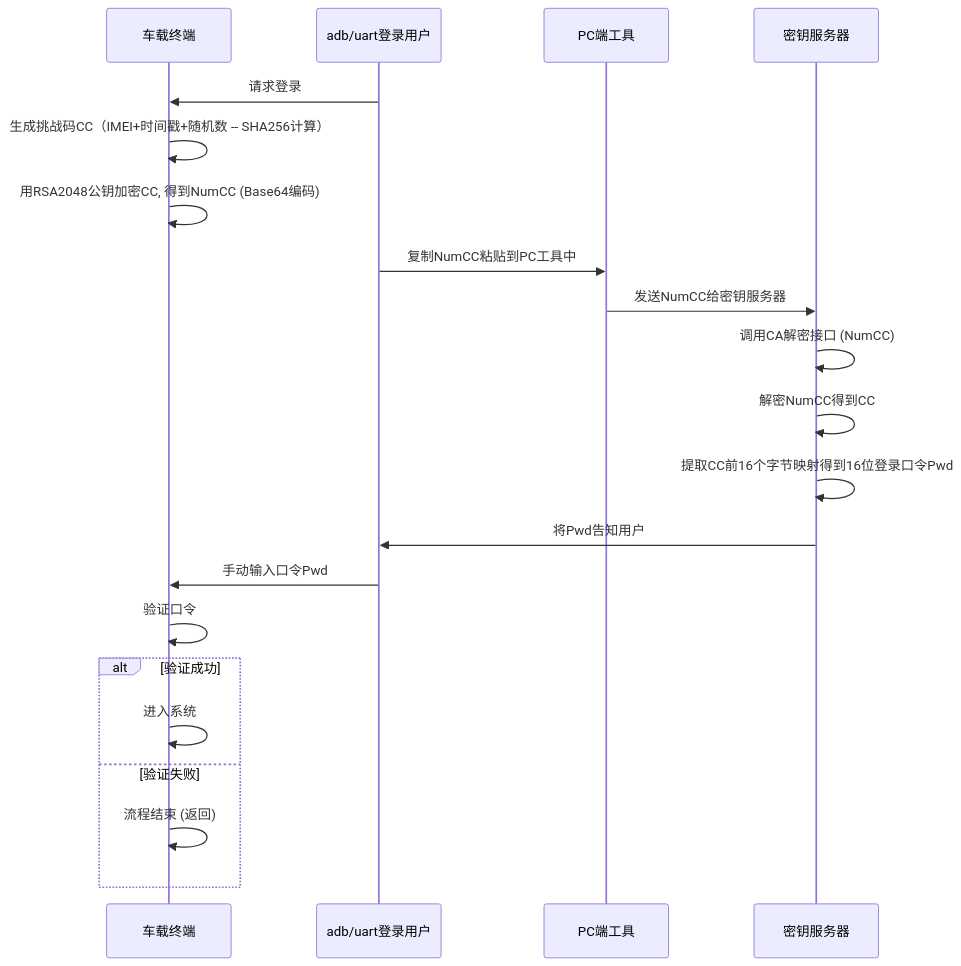
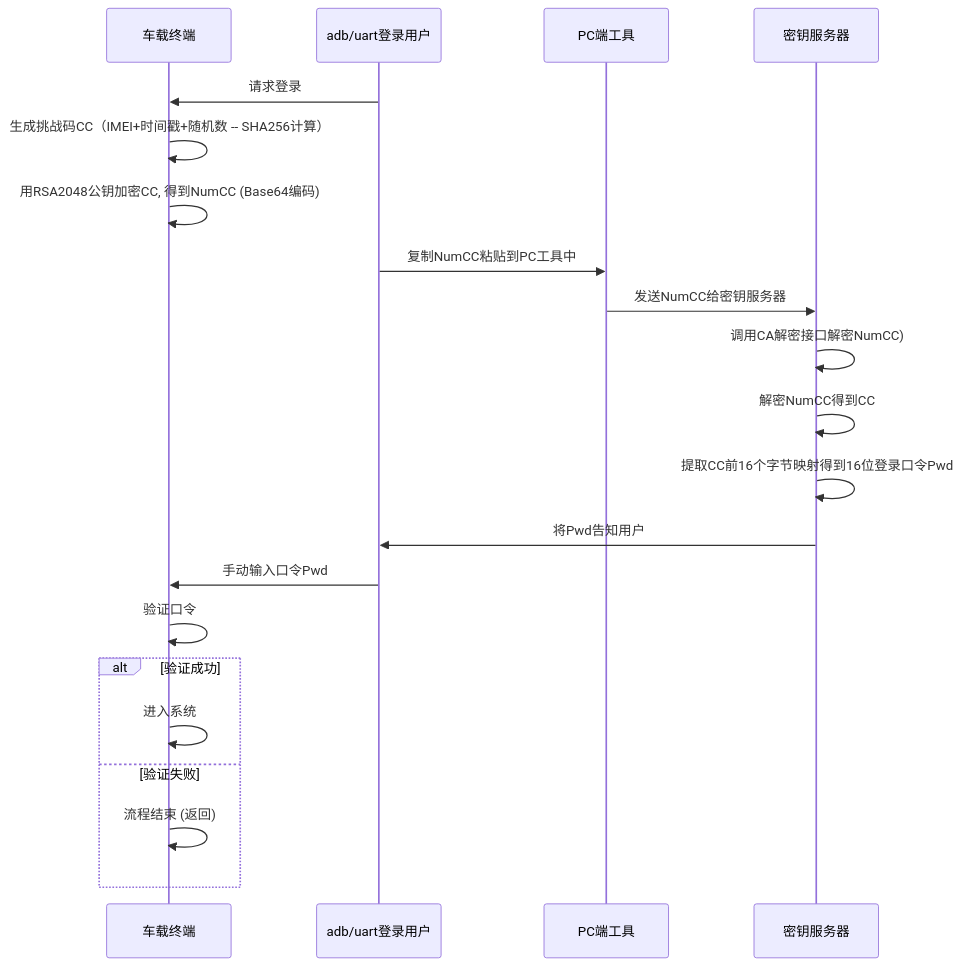
The diagram in all/未命名-13.md (facebook-cloud/iodraw-files), drawn with Mermaid before and after one commit.

Commit message:
2026-01-27 11:28:43 update

````diff
--- a/all/未命名-13.md
+++ b/all/未命名-13.md
@@ -1,27 +1,27 @@
 ```mermaid
 sequenceDiagram
     participant tbox as 车载终端
     participant user as adb/uart登录用户
     participant pc as PC端工具
     participant tech_center as 密钥服务器
   
 
     user->>tbox: 请求登录
     tbox->>tbox: 生成挑战码CC（IMEI+时间戳+随机数 -- SHA256计算）
     tbox->>tbox: 用RSA2048公钥加密CC, 得到NumCC (Base64编码)
     user->>pc: 复制NumCC粘贴到PC工具中
     pc->>tech_center: 发送NumCC给密钥服务器
-    tech_center->>tech_center: 调用CA解密接口 (NumCC)
+    tech_center->>tech_center: 调用CA解密接口解密NumCC)
     tech_center->>tech_center: 解密NumCC得到CC
     tech_center->>tech_center: 提取CC前16个字节映射得到16位登录口令Pwd
     tech_center->>user: 将Pwd告知用户
     user->>tbox: 手动输入口令Pwd
     tbox->>tbox: 验证口令
     alt 验证成功
         tbox->>tbox: 进入系统
     else 验证失败
         tbox->>tbox: 流程结束 (返回)
     end
 
 
 ```
````
